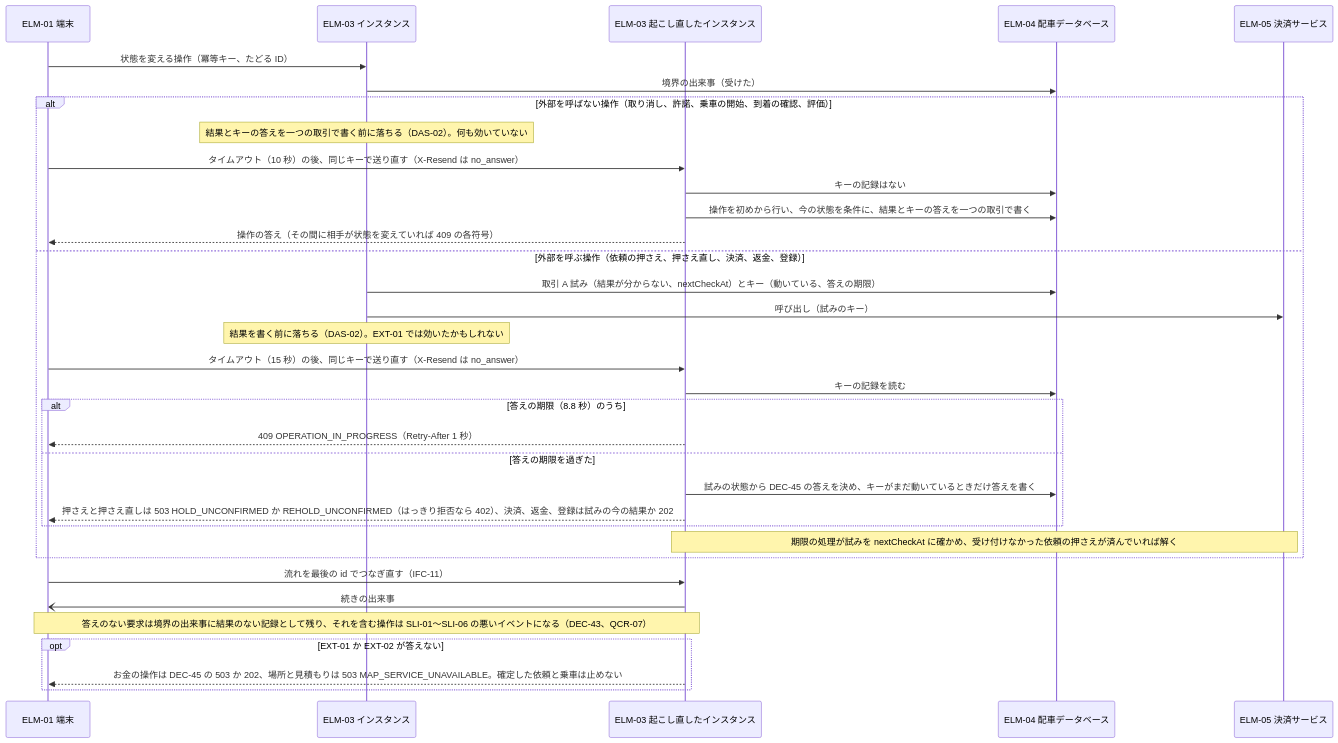
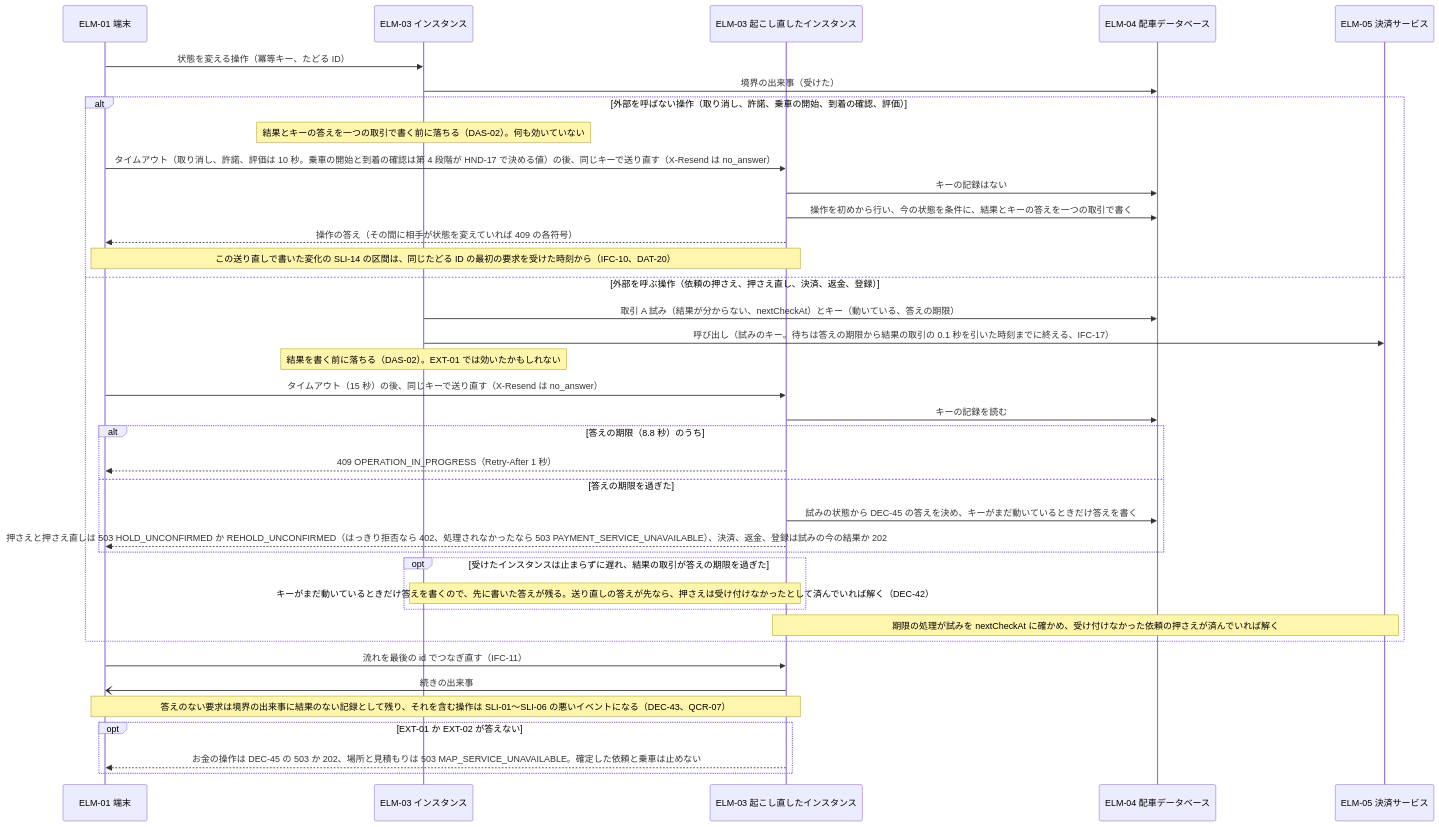
Before and after one commit to Taro000/ride-hailing-app-demo: diagram 23 of 57 in docs/design/3-high-level-design.md, drawn with Mermaid. The commit also changed other lines of this file and 27 other files, not shown here.

````diff
--- a/docs/design/3-high-level-design.md
+++ b/docs/design/3-high-level-design.md
@@ -861,36 +885,40 @@
 ```mermaid
 sequenceDiagram
   participant A as ELM-01 端末
   participant S1 as ELM-03 インスタンス
   participant S2 as ELM-03 起こし直したインスタンス
   participant DB as ELM-04 配車データベース
   participant PAY as ELM-05 決済サービス
   A->>S1: 状態を変える操作（冪等キー、たどる ID）
   S1->>DB: 境界の出来事（受けた）
   alt 外部を呼ばない操作（取り消し、許諾、乗車の開始、到着の確認、評価）
     Note over S1: 結果とキーの答えを一つの取引で書く前に落ちる（DAS-02）。何も効いていない
-    A->>S2: タイムアウト（10 秒）の後、同じキーで送り直す（X-Resend は no_answer）
+    A->>S2: タイムアウト（取り消し、許諾、評価は 10 秒。乗車の開始と到着の確認は第 4 段階が HND-17 で決める値）の後、同じキーで送り直す（X-Resend は no_answer）
     S2->>DB: キーの記録はない
     S2->>DB: 操作を初めから行い、今の状態を条件に、結果とキーの答えを一つの取引で書く
     S2-->>A: 操作の答え（その間に相手が状態を変えていれば 409 の各符号）
+    Note over A,S2: この送り直しで書いた変化の SLI-14 の区間は、同じたどる ID の最初の要求を受けた時刻から（IFC-10、DAT-20）
   else 外部を呼ぶ操作（依頼の押さえ、押さえ直し、決済、返金、登録）
     S1->>DB: 取引 A 試み（結果が分からない、nextCheckAt）とキー（動いている、答えの期限）
-    S1->>PAY: 呼び出し（試みのキー）
+    S1->>PAY: 呼び出し（試みのキー。待ちは答えの期限から結果の取引の 0.1 秒を引いた時刻までに終える、IFC-17）
     Note over S1: 結果を書く前に落ちる（DAS-02）。EXT-01 では効いたかもしれない
     A->>S2: タイムアウト（15 秒）の後、同じキーで送り直す（X-Resend は no_answer）
     S2->>DB: キーの記録を読む
     alt 答えの期限（8.8 秒）のうち
       S2-->>A: 409 OPERATION_IN_PROGRESS（Retry-After 1 秒）
     else 答えの期限を過ぎた
       S2->>DB: 試みの状態から DEC-45 の答えを決め、キーがまだ動いているときだけ答えを書く
-      S2-->>A: 押さえと押さえ直しは 503 HOLD_UNCONFIRMED か REHOLD_UNCONFIRMED（はっきり拒否なら 402）、決済、返金、登録は試みの今の結果か 202
+      S2-->>A: 押さえと押さえ直しは 503 HOLD_UNCONFIRMED か REHOLD_UNCONFIRMED（はっきり拒否なら 402、処理されなかったなら 503 PAYMENT_SERVICE_UNAVAILABLE）、決済、返金、登録は試みの今の結果か 202
+    end
+    opt 受けたインスタンスは止まらずに遅れ、結果の取引が答えの期限を過ぎた
+      Note over S1,S2: キーがまだ動いているときだけ答えを書くので、先に書いた答えが残る。送り直しの答えが先なら、押さえは受け付けなかったとして済んでいれば解く（DEC-42）
     end
     Note over S2,PAY: 期限の処理が試みを nextCheckAt に確かめ、受け付けなかった依頼の押さえが済んでいれば解く
   end
   A->>S2: 流れを最後の id でつなぎ直す（IFC-11）
   S2-)A: 続きの出来事
   Note over A,S2: 答えのない要求は境界の出来事に結果のない記録として残り、それを含む操作は SLI-01〜SLI-06 の悪いイベントになる（DEC-43、QCR-07）
   opt EXT-01 か EXT-02 が答えない
     S2-->>A: お金の操作は DEC-45 の 503 か 202、場所と見積もりは 503 MAP_SERVICE_UNAVAILABLE。確定した依頼と乗車は止めない
   end
 ```
````
